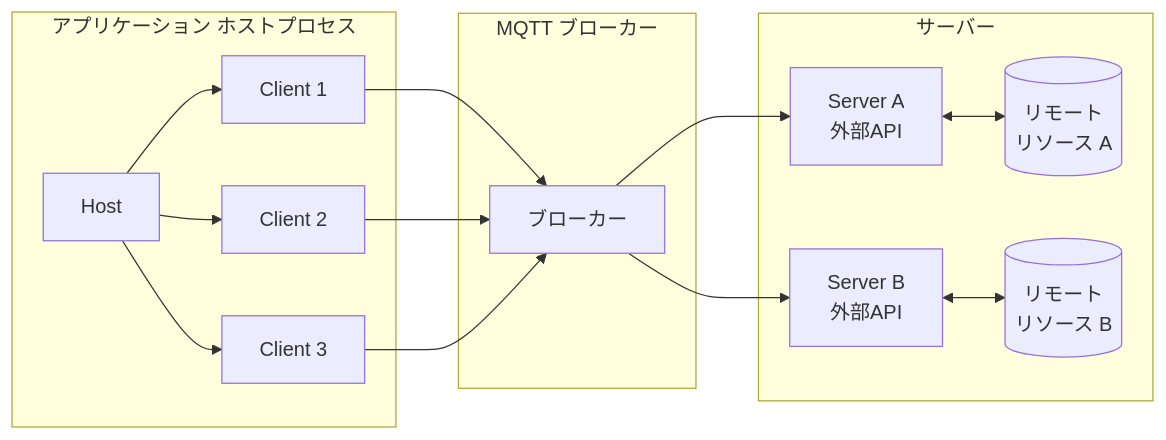
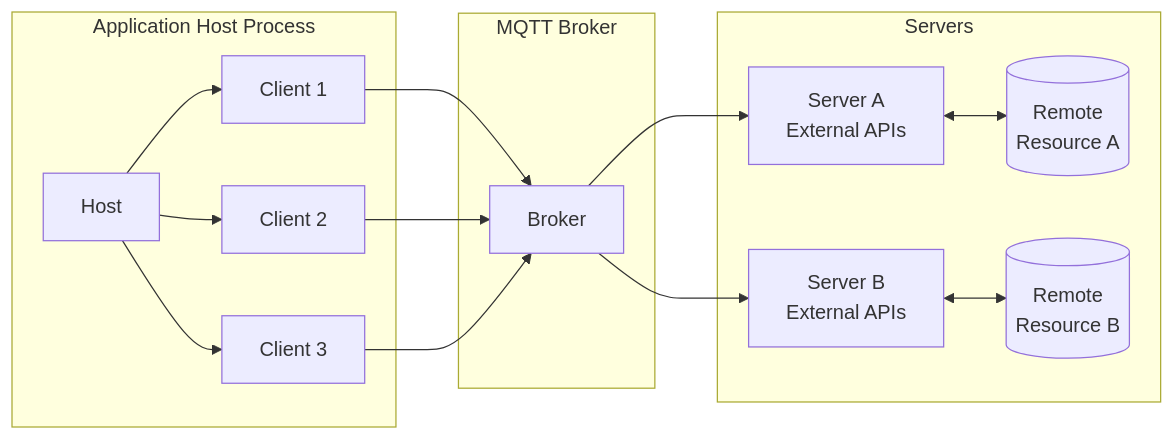
One commit to emqx/emqx-docs changed the first of 2 diagrams in ja_JP/develop/emqx-ai/mcp-over-mqtt/architecture.md. Above: the diagram before and after it, drawn with Mermaid. The commit also changed other lines of this file and 420 other files, not shown here.

````diff
--- a/ja_JP/develop/emqx-ai/mcp-over-mqtt/architecture.md
+++ b/ja_JP/develop/emqx-ai/mcp-over-mqtt/architecture.md
@@ -11,33 +11,33 @@
 ```mermaid
 graph LR
-    subgraph "アプリケーション ホストプロセス"
+    subgraph "Application Host Process"
         H[Host]
         C1[Client 1]
         C2[Client 2]
         C3[Client 3]
         H --> C1
         H --> C2
         H --> C3
     end
 
-    subgraph "MQTT ブローカー"
-        B[ブローカー]
+    subgraph "MQTT Broker"
+        B[Broker]
         C1 --> B
         C2 --> B
         C3 --> B
     end
 
-    subgraph "サーバー"
-        S1[Server A<br>外部API]
-        R1[("リモート<br>リソース A")]
+    subgraph "Servers"
+        S1[Server A<br>External APIs]
+        R1[("Remote<br>Resource A")]
         B --> S1
         S1 <--> R1
     end
 
-    subgraph "サーバー"
-        S2[Server B<br>外部API]
-        R2[("リモート<br>リソース B")]
+    subgraph "Servers"
+        S2[Server B<br>External APIs]
+        R2[("Remote<br>Resource B")]
         B --> S2
         S2 <--> R2
     end
 ```
````
